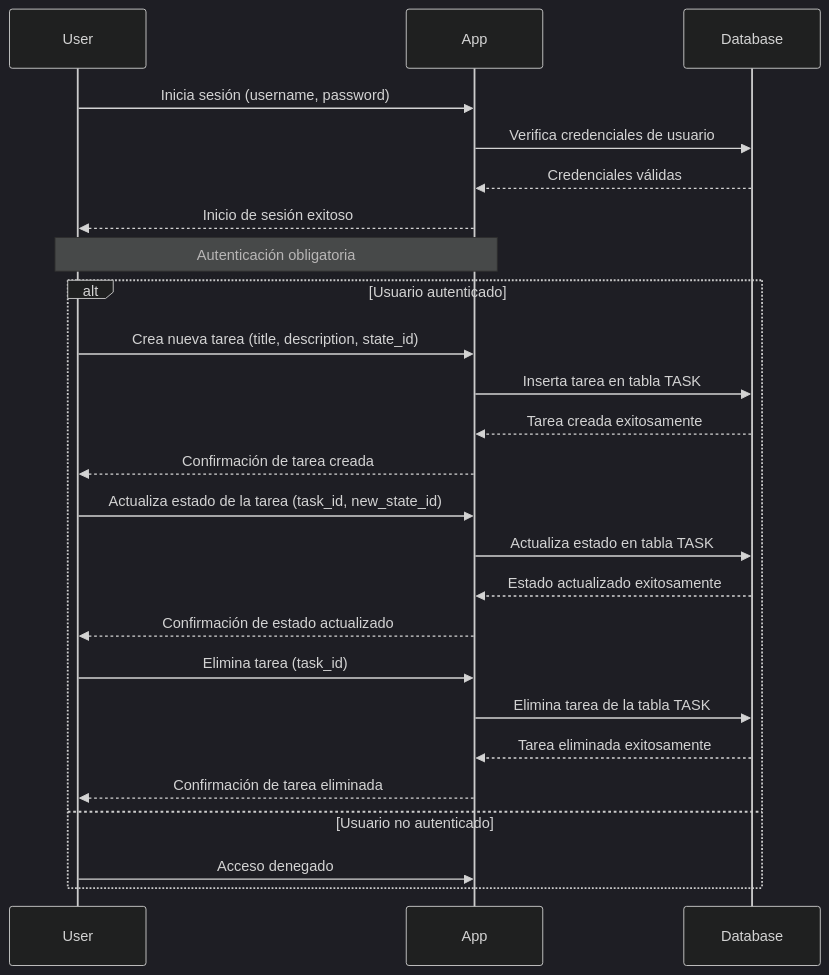
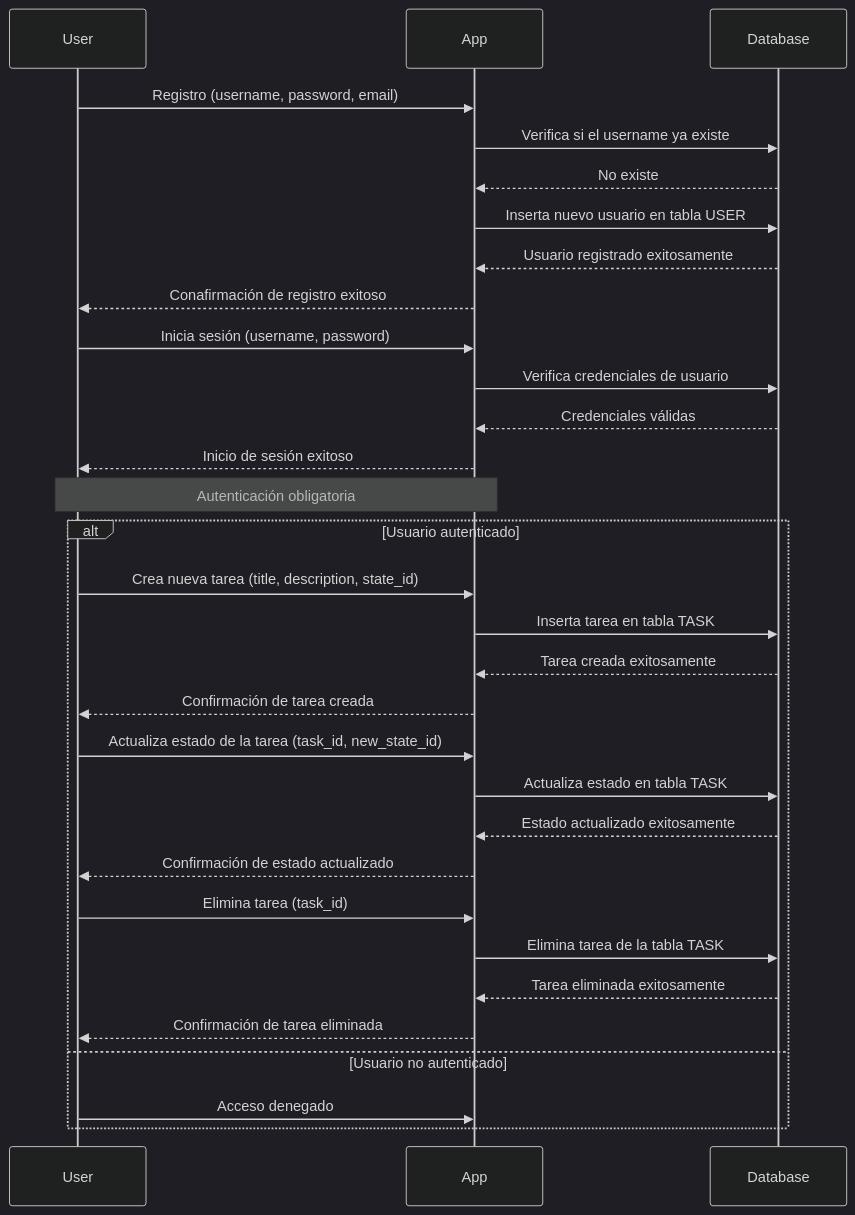
Before and after one commit to ivaniuss/collaborative-projects: the second of 2 diagrams in task-manager/Readme.md, drawn with Mermaid (dark theme).

Commit message:
main readme added

````diff
--- a/task-manager/Readme.md
+++ b/task-manager/Readme.md
@@ -46,32 +46,39 @@
 ```mermaid
 sequenceDiagram
     participant User
     participant App
     participant Database
+
+    User ->> App: Registro (username, password, email)
+    App ->> Database: Verifica si el username ya existe
+    Database -->> App: No existe
+    App ->> Database: Inserta nuevo usuario en tabla USER
+    Database -->> App: Usuario registrado exitosamente
+    App -->> User: Conafirmación de registro exitoso
 
     User ->> App: Inicia sesión (username, password)
     App ->> Database: Verifica credenciales de usuario
     Database -->> App: Credenciales válidas
     App -->> User: Inicio de sesión exitoso
 
     Note over User,App: Autenticación obligatoria
 
     alt Usuario autenticado
         User ->> App: Crea nueva tarea (title, description, state_id)
         App ->> Database: Inserta tarea en tabla TASK
         Database -->> App: Tarea creada exitosamente
         App -->> User: Confirmación de tarea creada
 
         User ->> App: Actualiza estado de la tarea (task_id, new_state_id)
         App ->> Database: Actualiza estado en tabla TASK
         Database -->> App: Estado actualizado exitosamente
         App -->> User: Confirmación de estado actualizado
 
         User ->> App: Elimina tarea (task_id)
         App ->> Database: Elimina tarea de la tabla TASK
         Database -->> App: Tarea eliminada exitosamente
         App -->> User: Confirmación de tarea eliminada
     else Usuario no autenticado
         User ->> App: Acceso denegado
     end
 ```
````
